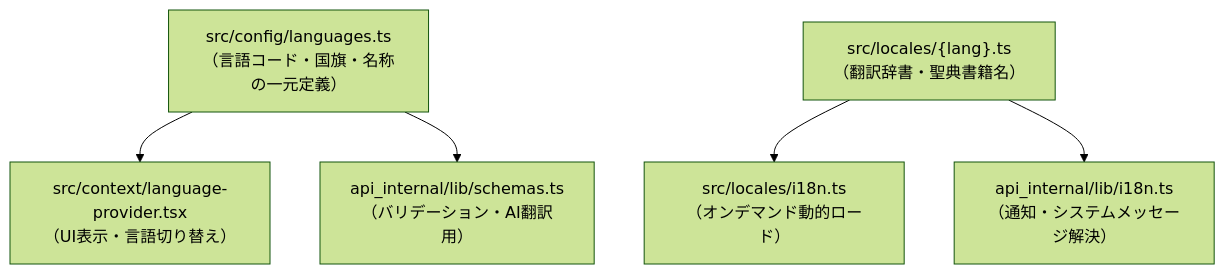
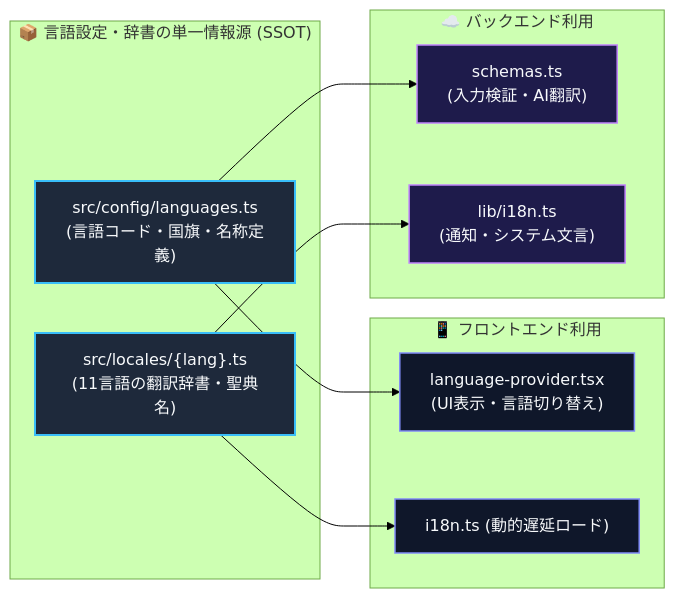
Before and after one commit to ScriptureHabit/scripture-habit: the diagram in docs/ja/logic-i18n.md, drawn with Mermaid (forest theme). The commit also changed 9 other files, not shown here.

Commit message:
docs: optimize all wide Mermaid diagrams into readable vertical stacked layouts

````diff
--- a/docs/ja/logic-i18n.md
+++ b/docs/ja/logic-i18n.md
@@ -11,11 +11,26 @@
 ```mermaid
-flowchart TD
-    Config["src/config/languages.ts<br/>（言語コード・国旗・名称の一元定義）"]
-    Locales["src/locales/{lang}.ts<br/>（翻訳辞書・聖典書籍名）"]
-    
-    Config --> FrontendContext["src/context/language-provider.tsx<br/>（UI表示・言語切り替え）"]
-    Config --> BackendSchema["api_internal/lib/schemas.ts<br/>（バリデーション・AI翻訳用）"]
-    
-    Locales --> FrontendLoader["src/locales/i18n.ts<br/>（オンデマンド動的ロード）"]
-    Locales --> BackendLoader["api_internal/lib/i18n.ts<br/>（通知・システムメッセージ解決）"]
+flowchart LR
+    classDef ssot fill:#1e293b,stroke:#38bdf8,stroke-width:2px,color:#f8fafc;
+    classDef fe fill:#0f172a,stroke:#818cf8,stroke-width:1.5px,color:#f8fafc;
+    classDef be fill:#1e1b4b,stroke:#c084fc,stroke-width:1.5px,color:#f8fafc;
+
+    subgraph SSOT["📦 言語設定・辞書の単一情報源 (SSOT)"]
+        Config["src/config/languages.ts<br/>(言語コード・国旗・名称定義)"]:::ssot
+        Locales["src/locales/{lang}.ts<br/>(11言語の翻訳辞書・聖典名)"]:::ssot
+    end
+
+    subgraph UsageFE["📱 フロントエンド利用"]
+        FrontendContext["language-provider.tsx<br/>(UI表示・言語切り替え)"]:::fe
+        FrontendLoader["i18n.ts (動的遅延ロード)"]:::fe
+    end
+
+    subgraph UsageBE["☁️ バックエンド利用"]
+        BackendSchema["schemas.ts<br/>(入力検証・AI翻訳)"]:::be
+        BackendLoader["lib/i18n.ts<br/>(通知・システム文言)"]:::be
+    end
+
+    Config --> FrontendContext
+    Config --> BackendSchema
+    Locales --> FrontendLoader
+    Locales --> BackendLoader
 ```
````
